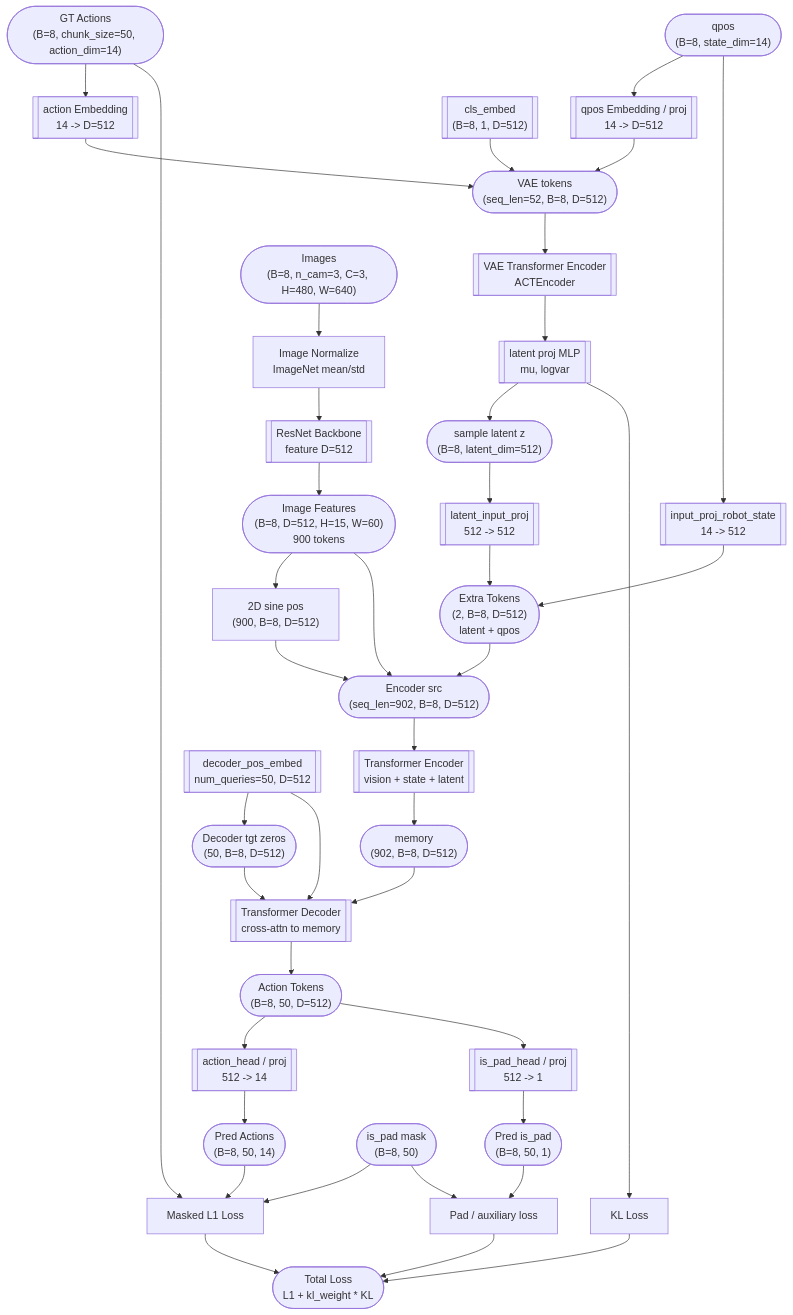
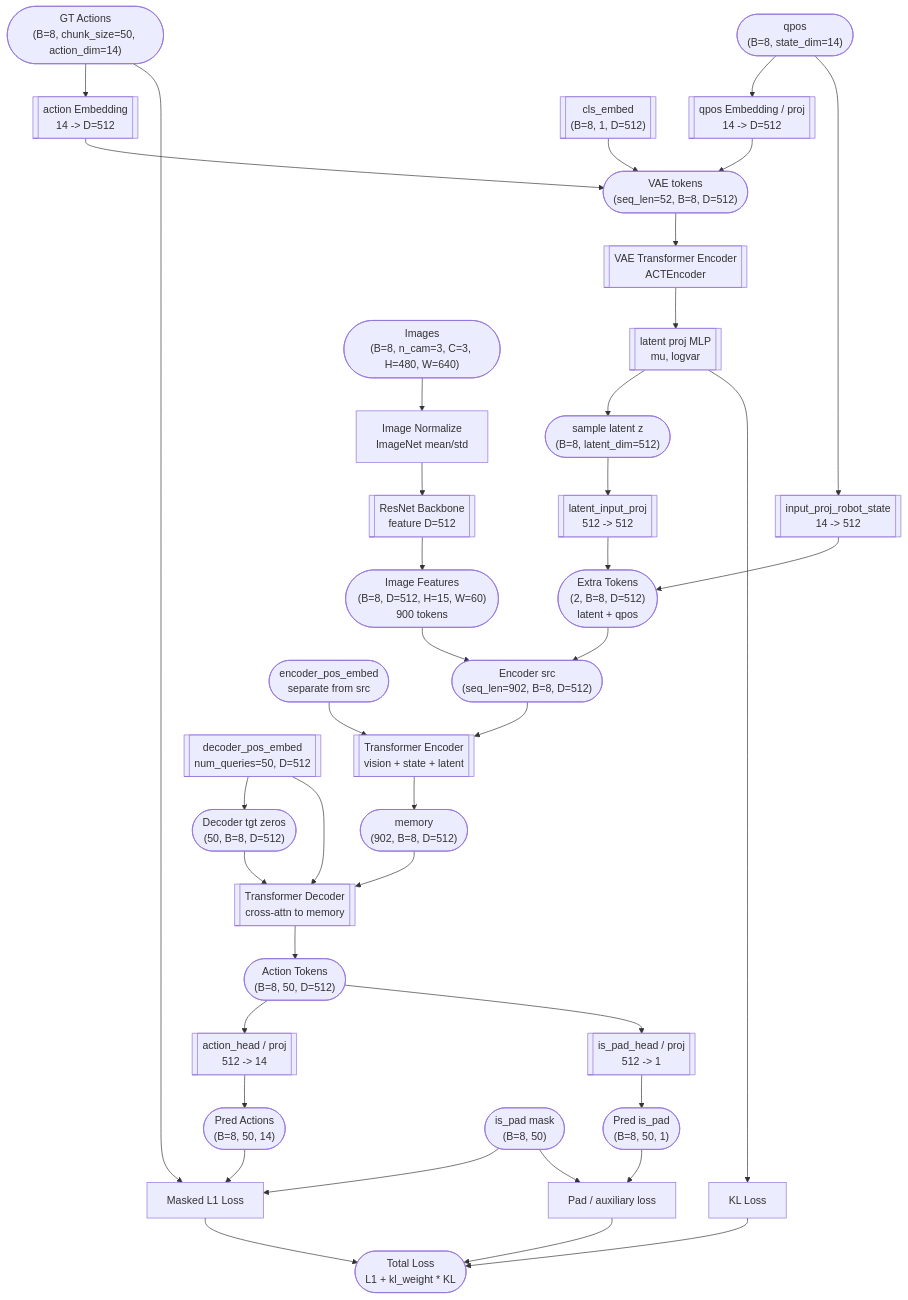
One commit to julyfun/how-to changed the first of 3 diagrams in 25/01/act.md. Above: the diagram before and after it, drawn with Mermaid. The commit also changed other lines of this file, not shown here.

Commit message:
M 25/01/act.md

````diff
--- a/25/01/act.md
+++ b/25/01/act.md
@@ -51,47 +51,47 @@
 ```mermaid
 flowchart TD
     qpos(["qpos<br/>(B=8, state_dim=14)"]) --> qemb[["qpos Embedding / proj<br/>14 -> D=512"]]
     action(["GT Actions<br/>(B=8, chunk_size=50, action_dim=14)"]) --> aemb[["action Embedding<br/>14 -> D=512"]]
     cls[["cls_embed<br/>(B=8, 1, D=512)"]] --> encin(["VAE tokens<br/>(seq_len=52, B=8, D=512)"])
     qemb --> encin
     aemb --> encin
     encin --> vae[["VAE Transformer Encoder<br/>ACTEncoder"]]
     vae --> dist[["latent proj MLP<br/>mu, logvar"]]
     dist --> z(["sample latent z<br/>(B=8, latent_dim=512)"])
     dist --> kl["KL Loss"]
 
     img(["Images<br/>(B=8, n_cam=3, C=3, H=480, W=640)"]) --> norm["Image Normalize<br/>ImageNet mean/std"]
     norm --> backbone[["ResNet Backbone<br/>feature D=512"]]
     backbone --> feat(["Image Features<br/>(B=8, D=512, H=15, W=60)<br/>900 tokens"])
-    feat --> pos["2D sine pos<br/>(900, B=8, D=512)"]
 
     z --> zproj[["latent_input_proj<br/>512 -> 512"]]
     qpos --> stateproj[["input_proj_robot_state<br/>14 -> 512"]]
     zproj --> addtok(["Extra Tokens<br/>(2, B=8, D=512)<br/>latent + qpos"])
     stateproj --> addtok
     feat --> src(["Encoder src<br/>(seq_len=902, B=8, D=512)"])
     addtok --> src
-    pos --> src
+    encpos(["encoder_pos_embed<br/>separate from src"])
 
     src --> venc[["Transformer Encoder<br/>vision + state + latent"]]
+    encpos --> venc
     query[["decoder_pos_embed<br/>num_queries=50, D=512"]] --> tgt(["Decoder tgt zeros<br/>(50, B=8, D=512)"])
     tgt --> dec[["Transformer Decoder<br/>cross-attn to memory"]]
     query --> dec
     venc --> mem(["memory<br/>(902, B=8, D=512)"])
     mem --> dec
     dec --> hs(["Action Tokens<br/>(B=8, 50, D=512)"])
 
     hs --> ahead[["action_head / proj<br/>512 -> 14"]]
     hs --> phead[["is_pad_head / proj<br/>512 -> 1"]]
     ahead --> ahat(["Pred Actions<br/>(B=8, 50, 14)"])
     phead --> phat(["Pred is_pad<br/>(B=8, 50, 1)"])
 
     action --> recon["Masked L1 Loss"]
     ispad(["is_pad mask<br/>(B=8, 50)"]) --> recon
     ahat --> recon
     phat --> padloss["Pad / auxiliary loss"]
     ispad --> padloss
     recon --> total(["Total Loss<br/>L1 + kl_weight * KL"])
     kl --> total
     padloss --> total
 ```
````
